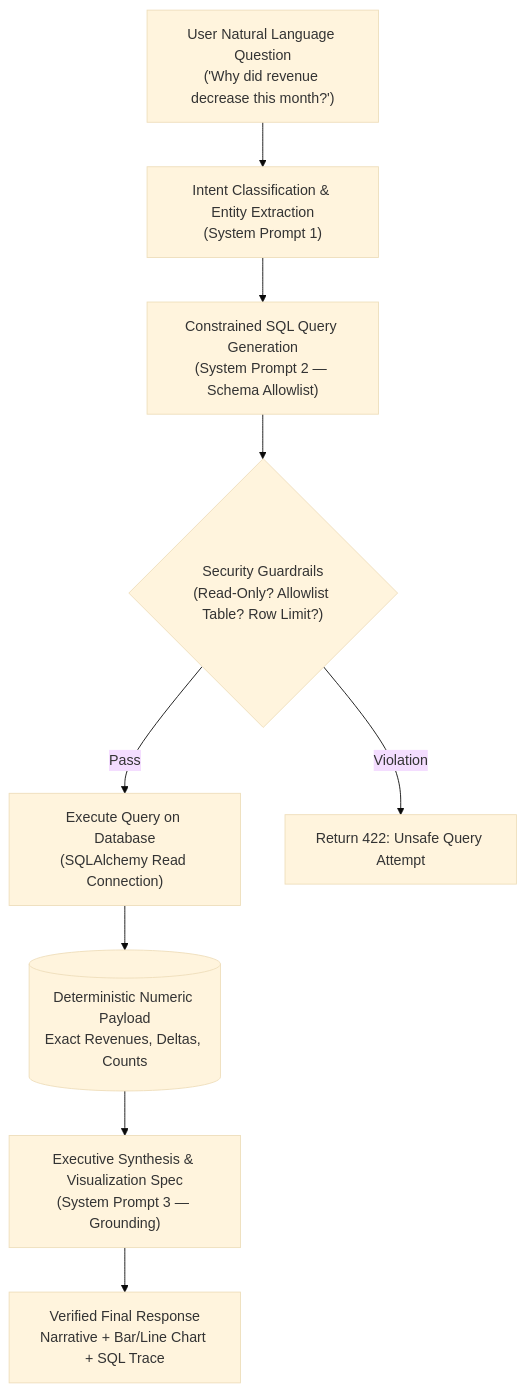
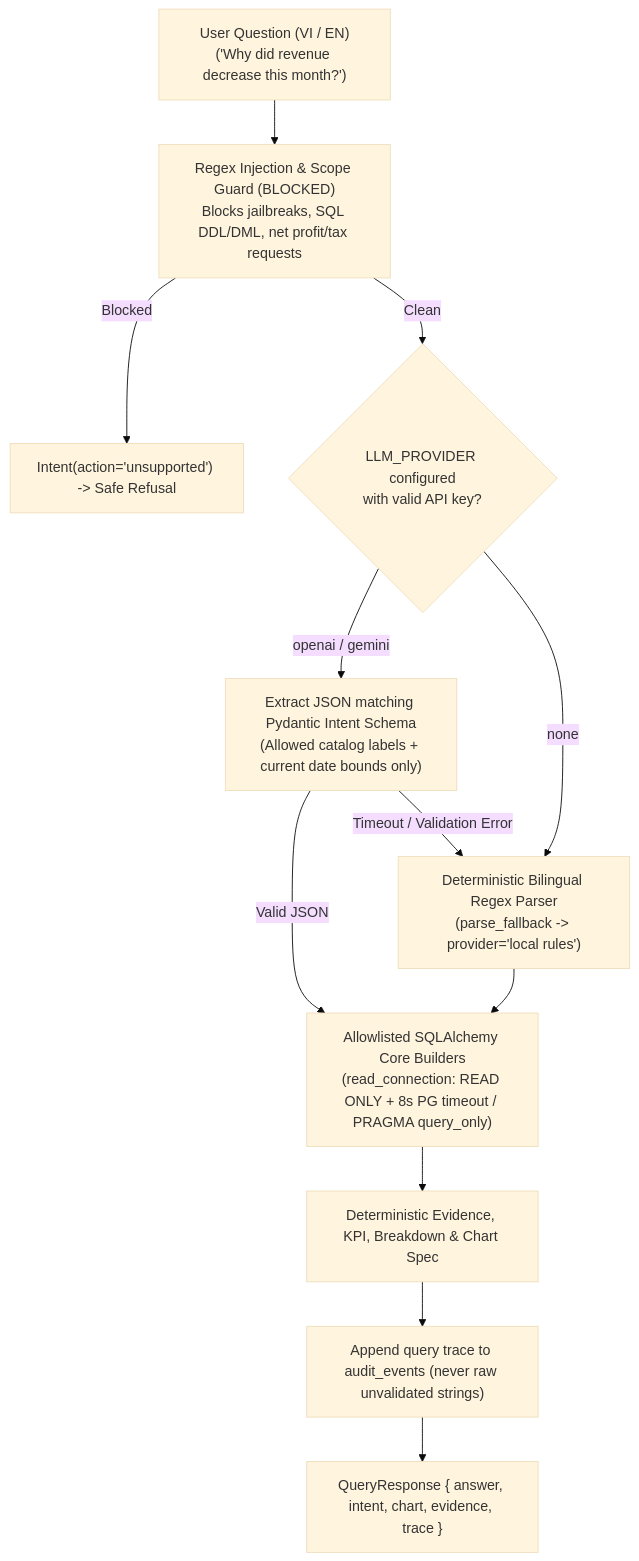
The diagram in docs/ai-prompt-catalog.md (NguyenTriBaoThang/DecisionPilotAI), drawn with Mermaid (base theme) before and after one commit. The commit also changed other lines of this file and 62 other files, not shown here.

````diff
--- a/docs/ai-prompt-catalog.md
+++ b/docs/ai-prompt-catalog.md
@@ -13,13 +13,16 @@
 ```mermaid
 flowchart TD
-    UserQuery["User Natural Language Question<br/>('Why did revenue decrease this month?')"] --> IntentRouter["Intent Classification & Entity Extraction<br/>(System Prompt 1)"]
-    IntentRouter --> SQLGen["Constrained SQL Query Generation<br/>(System Prompt 2 — Schema Allowlist)"]
-    SQLGen --> SQLValidate{"Security Guardrails<br/>(Read-Only? Allowlist Table? Row Limit?)"}
-    
-    SQLValidate -- "Pass" --> ExecuteSQL["Execute Query on Database<br/>(SQLAlchemy Read Connection)"]
-    SQLValidate -- "Violation" --> Reject["Return 422: Unsafe Query Attempt"]
-    
-    ExecuteSQL --> ExactNumbers[("Deterministic Numeric Payload<br/>Exact Revenues, Deltas, Counts")]
-    ExactNumbers --> Synthesizer["Executive Synthesis & Visualization Spec<br/>(System Prompt 3 — Grounding)"]
-    Synthesizer --> UserResponse["Verified Final Response<br/>Narrative + Bar/Line Chart + SQL Trace"]
+    UserQuery["User Question (VI / EN)<br/>('Why did revenue decrease this month?')"] --> Guard["Regex Injection & Scope Guard (BLOCKED)<br/>Blocks jailbreaks, SQL DDL/DML, net profit/tax requests"]
+    Guard -- "Blocked" --> Unsupported["Intent(action='unsupported') -> Safe Refusal"]
+    Guard -- "Clean" --> Router{"LLM_PROVIDER configured<br/>with valid API key?"}
+
+    Router -- "openai / gemini" --> Provider["Extract JSON matching Pydantic Intent Schema<br/>(Allowed catalog labels + current date bounds only)"]
+    Provider -- "Valid JSON" --> Execute
+    Provider -- "Timeout / Validation Error" --> Fallback["Deterministic Bilingual Regex Parser<br/>(parse_fallback -> provider='local rules')"]
+    Router -- "none" --> Fallback
+    Fallback --> Execute["Allowlisted SQLAlchemy Core Builders<br/>(read_connection: READ ONLY + 8s PG timeout / PRAGMA query_only)"]
+
+    Execute --> VerifiedPayload["Deterministic Evidence, KPI, Breakdown & Chart Spec"]
+    VerifiedPayload --> Audit["Append query trace to audit_events (never raw unvalidated strings)"]
+    Audit --> Response["QueryResponse { answer, intent, chart, evidence, trace }"]
 ```
````
